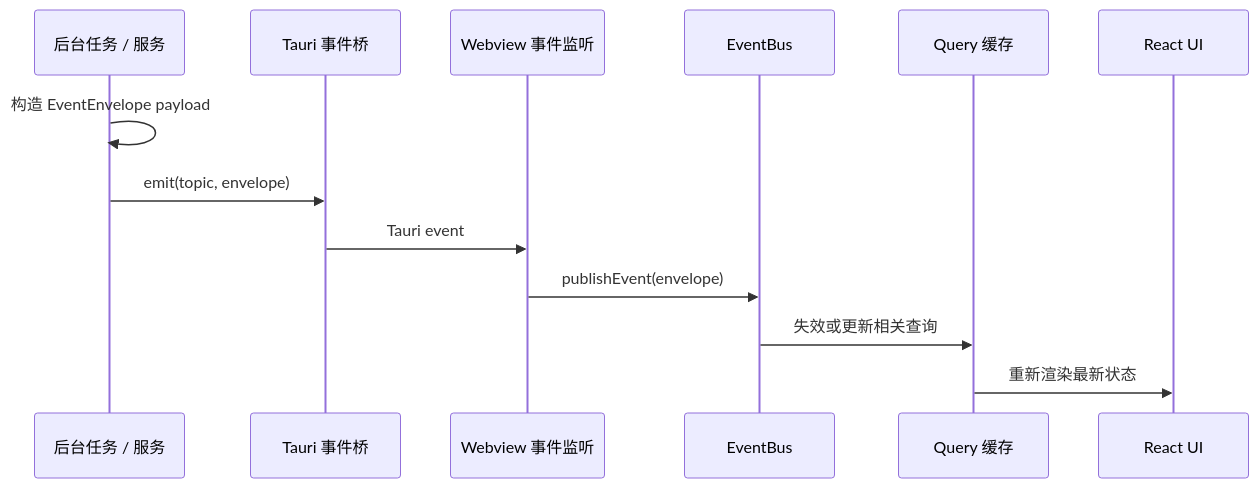
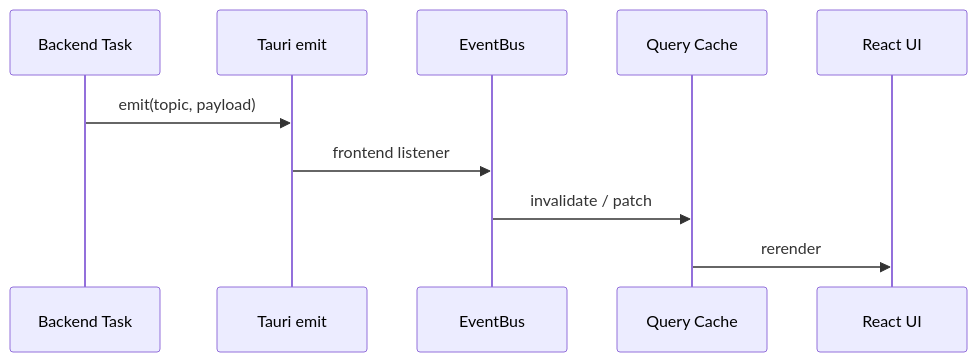
Before and after one commit to lQ-A-Ql/meow-detective: the sixth of 14 diagrams in docs/model-architecture-algorithm-diagrams.md, drawn with Mermaid. The commit also changed other lines of this file and 46 other files, not shown here.

````diff
--- a/docs/model-architecture-algorithm-diagrams.md
+++ b/docs/model-architecture-algorithm-diagrams.md
@@ -276,16 +165,13 @@
 ```mermaid
 sequenceDiagram
-  participant Task as 后台任务 / 服务
-  participant Bridge as Tauri 事件桥
-  participant Webview as Webview 事件监听
+  participant Task as Backend Task
+  participant Emit as Tauri emit
   participant Bus as EventBus
-  participant Cache as Query 缓存
+  participant Cache as Query Cache
   participant UI as React UI
 
-  Task->>Task: 构造 EventEnvelope payload
-  Task->>Bridge: emit(topic, envelope)
-  Bridge->>Webview: Tauri event
-  Webview->>Bus: publishEvent(envelope)
-  Bus->>Cache: 失效或更新相关查询
-  Cache->>UI: 重新渲染最新状态
+  Task->>Emit: emit(topic, payload)
+  Emit->>Bus: frontend listener
+  Bus->>Cache: invalidate / patch
+  Cache->>UI: rerender
 ```
````
